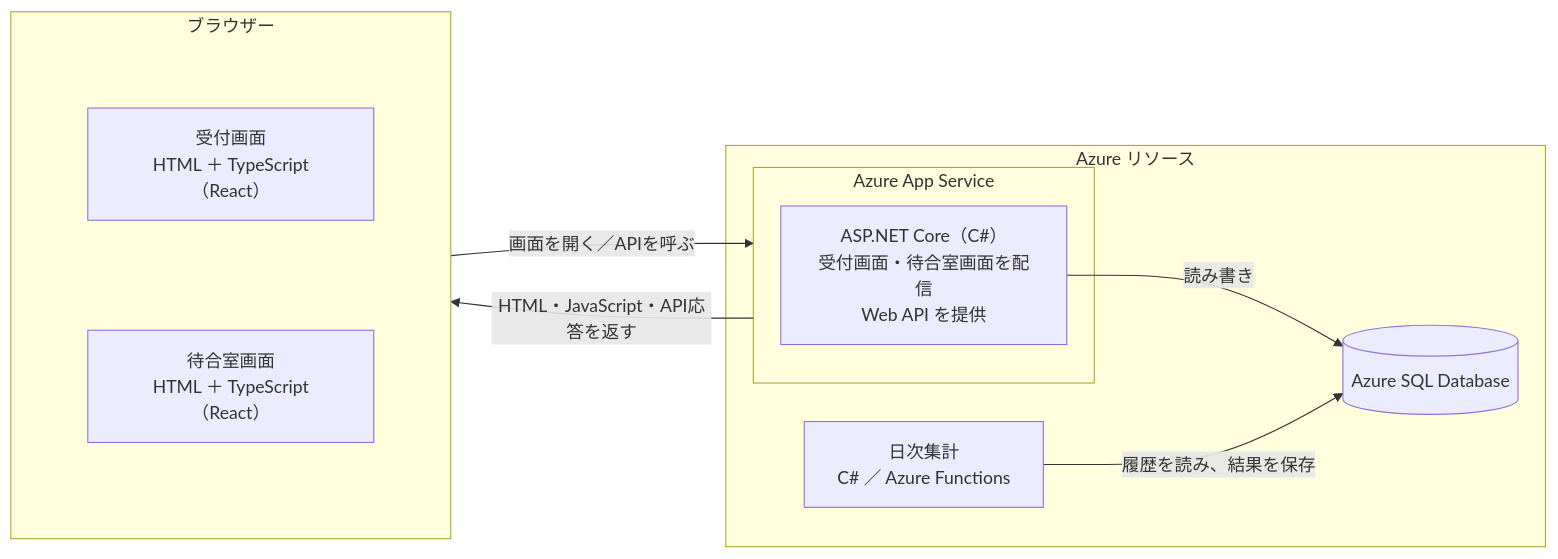
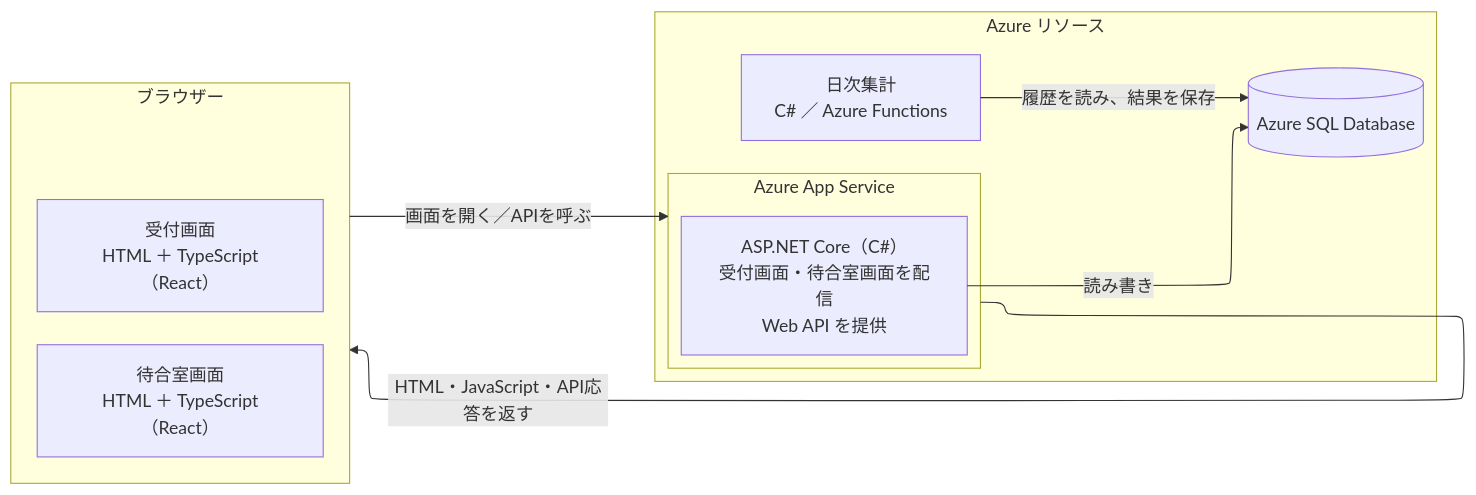
One commit to 238endo/WaitingRoom changed the second of 2 diagrams in docs/詳細設計.md. Above: the diagram before and after it, drawn with Mermaid. The commit also changed other lines of this file, not shown here.

Commit message:
docs: 詳細設計 微修正

````diff
--- a/docs/詳細設計.md
+++ b/docs/詳細設計.md
@@ -35,19 +39,23 @@
 ```mermaid
+---
+config:
+    layout: elk
+---
 flowchart LR
     subgraph Browser["ブラウザー"]
         subgraph Screens[" "]
             direction TB
             R["受付画面<br/>HTML ＋ TypeScript（React）"] ~~~ W["待合室画面<br/>HTML ＋ TypeScript（React）"]
         end
     end
     subgraph Azure["Azure リソース"]
         subgraph App[Azure App Service]
             A["ASP.NET Core（C#）<br/>受付画面・待合室画面を配信<br/>Web API を提供"]
         end
         A -->|読み書き| D[(Azure SQL Database)]
         F["日次集計<br/>C# ／ Azure Functions"] -->|履歴を読み、結果を保存| D
     end
     Browser -->|画面を開く／APIを呼ぶ| App
     App -->|HTML・JavaScript・API応答を返す| Browser
     style Screens fill:none,stroke:none
 ```
````
